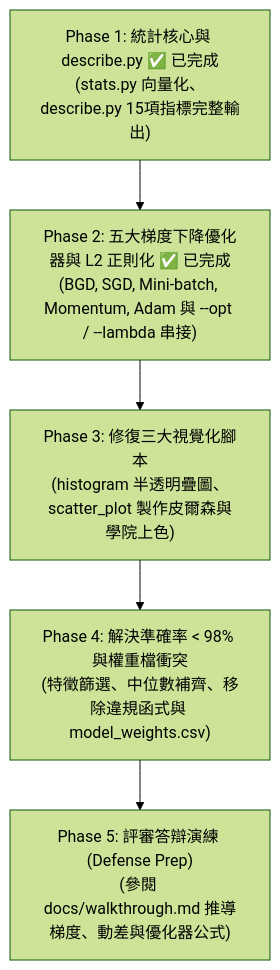
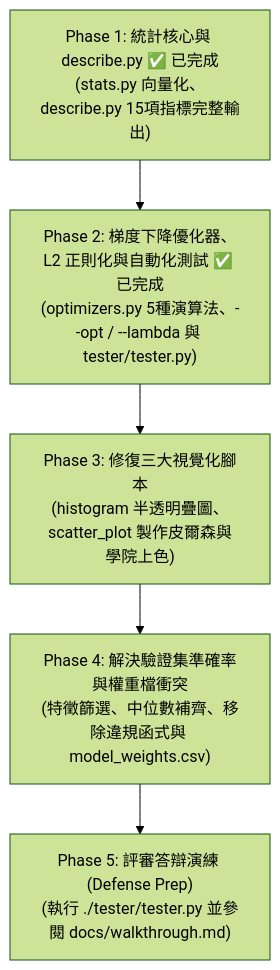
Before and after one commit to GauChau/dslr: the first of 2 diagrams in docs/TODO.md, drawn with Mermaid (forest theme). The commit also changed other lines of this file and 5 other files, not shown here.

````diff
--- a/docs/TODO.md
+++ b/docs/TODO.md
@@ -156,7 +160,7 @@
 ```mermaid
 flowchart TD
-    A["Phase 1: 統計核心與 describe.py ✅ 已完成<br>(stats.py 向量化、describe.py 15項指標完整輸出)"] --> B["Phase 2: 五大梯度下降優化器與 L2 正則化 ✅ 已完成<br>(BGD, SGD, Mini-batch, Momentum, Adam 與 --opt / --lambda 串接)"]
+    A["Phase 1: 統計核心與 describe.py ✅ 已完成<br>(stats.py 向量化、describe.py 15項指標完整輸出)"] --> B["Phase 2: 梯度下降優化器、L2 正則化與自動化測試 ✅ 已完成<br>(optimizers.py 5種演算法、--opt / --lambda 與 tester/tester.py)"]
     B --> C["Phase 3: 修復三大視覺化腳本<br>(histogram 半透明疊圖、scatter_plot 製作皮爾森與學院上色)"]
-    C --> D["Phase 4: 解決準確率 < 98% 與權重檔衝突<br>(特徵篩選、中位數補齊、移除違規函式與 model_weights.csv)"]
-    D --> E["Phase 5: 評審答辯演練 (Defense Prep)<br>(參閱 docs/walkthrough.md 推導梯度、動差與優化器公式)"]
+    C --> D["Phase 4: 解決驗證集準確率與權重檔衝突<br>(特徵篩選、中位數補齊、移除違規函式與 model_weights.csv)"]
+    D --> E["Phase 5: 評審答辯演練 (Defense Prep)<br>(執行 ./tester/tester.py 並參閱 docs/walkthrough.md)"]
 ```
````
